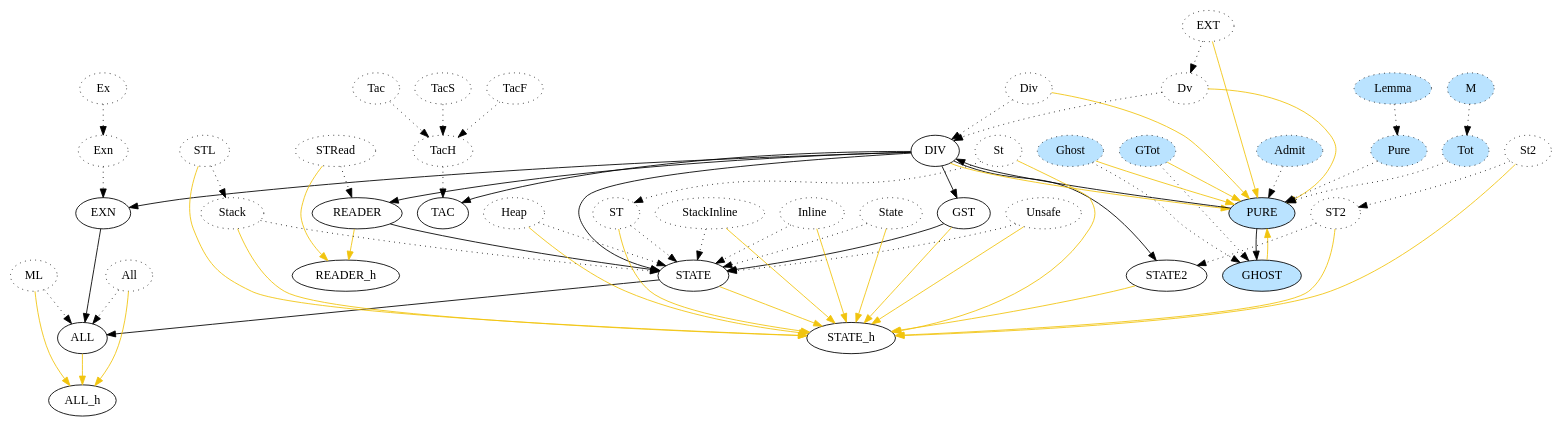
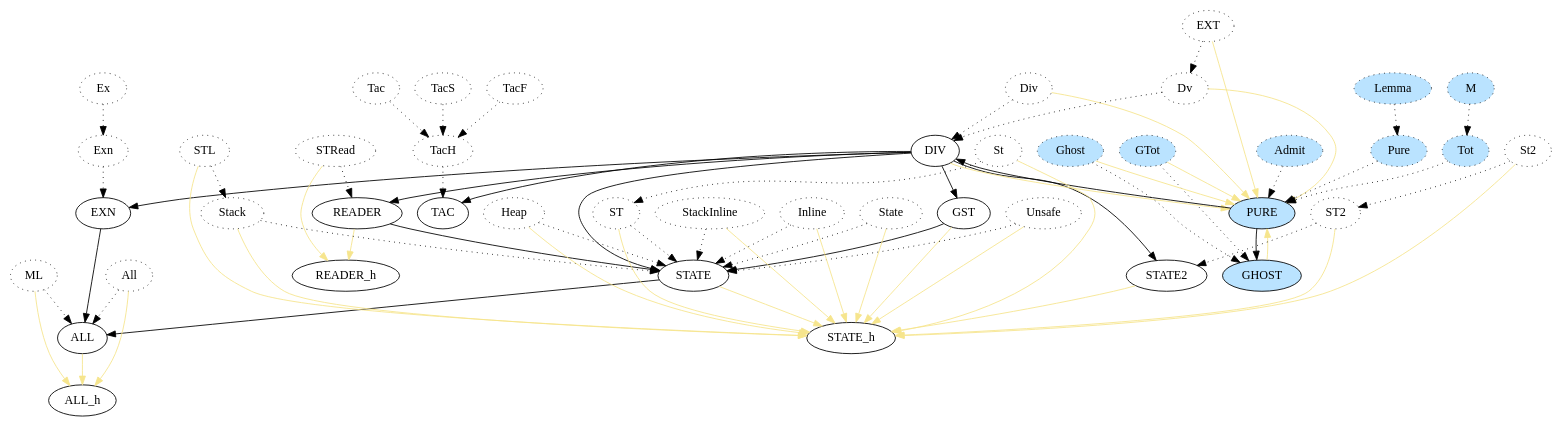
The diagram in effect-lattice.dot (W95Psp/fstar-effects-graph-builder), drawn with Graphviz before and after one commit. The commit also changed 3 other files, not shown here.

```diff
--- a/effect-lattice.dot
+++ b/effect-lattice.dot
@@ -1,114 +1,114 @@
 digraph G {
 ALL;
 GST;
 STATE;
 DIV;
 STATE_h;
 EXN;
 ALL_h;
 READER;
 READER_h;
 STATE2;
 TAC;
 GHOST[style="filled",fillcolor="#bae3ff"];
 PURE[style="filled",fillcolor="#bae3ff"];
 All[style="dotted"];
 ML[style="dotted"];
 Unsafe[style="dotted"];
 Stack[style="dotted"];
 Heap[style="dotted"];
 ST[style="dotted"];
 St[style="dotted"];
 StackInline[style="dotted"];
 Inline[style="dotted"];
 STL[style="dotted"];
 Div[style="dotted"];
 Dv[style="dotted"];
 EXT[style="dotted"];
 Exn[style="dotted"];
 Ex[style="dotted"];
 STRead[style="dotted"];
 ST2[style="dotted"];
 St2[style="dotted"];
 State[style="dotted"];
 TacH[style="dotted"];
 Tac[style="dotted"];
 TacS[style="dotted"];
 TacF[style="dotted"];
 Pure[style="dotted,filled",fillcolor="#bae3ff"];
 Admit[style="dotted,filled",fillcolor="#bae3ff"];
 Tot[style="dotted,filled",fillcolor="#bae3ff"];
 GTot[style="dotted,filled",fillcolor="#bae3ff"];
 Ghost[style="dotted,filled",fillcolor="#bae3ff"];
 Lemma[style="dotted,filled",fillcolor="#bae3ff"];
 M[style="dotted,filled",fillcolor="#bae3ff"];
 GST->STATE;
 STATE->ALL;
 DIV->GST;
 DIV->STATE;
 DIV->EXN;
 DIV->READER;
 DIV->STATE2;
 DIV->TAC;
 EXN->ALL;
 READER->STATE;
 PURE->DIV;
 PURE->GHOST;
 All->ALL[style="dotted"];
 ML->ALL[style="dotted"];
 Unsafe->STATE[style="dotted"];
 Stack->STATE[style="dotted"];
 Heap->STATE[style="dotted"];
 ST->STATE[style="dotted"];
 St->ST[style="dotted"];
 StackInline->STATE[style="dotted"];
 Inline->STATE[style="dotted"];
 STL->Stack[style="dotted"];
 Div->DIV[style="dotted"];
 Dv->DIV[style="dotted"];
 EXT->Dv[style="dotted"];
 Exn->EXN[style="dotted"];
 Ex->Exn[style="dotted"];
 STRead->READER[style="dotted"];
 ST2->STATE2[style="dotted"];
 St2->ST2[style="dotted"];
 State->STATE[style="dotted"];
 TacH->TAC[style="dotted"];
 Tac->TacH[style="dotted"];
 TacS->TacH[style="dotted"];
 TacF->TacH[style="dotted"];
 Pure->PURE[style="dotted"];
 Admit->PURE[style="dotted"];
 Tot->PURE[style="dotted"];
 GTot->GHOST[style="dotted"];
 Ghost->GHOST[style="dotted"];
 Lemma->Pure[style="dotted"];
 M->Tot[style="dotted"];
-ALL->ALL_h[color="#f1c40f"];
-GST->STATE_h[color="#f1c40f"];
-STATE->STATE_h[color="#f1c40f"];
-DIV->PURE[color="#f1c40f"];
-READER->READER_h[color="#f1c40f"];
-STATE2->STATE_h[color="#f1c40f"];
-GHOST->PURE[color="#f1c40f"];
-All->ALL_h[color="#f1c40f"];
-ML->ALL_h[color="#f1c40f"];
-Unsafe->STATE_h[color="#f1c40f"];
-Stack->STATE_h[color="#f1c40f"];
-Heap->STATE_h[color="#f1c40f"];
-ST->STATE_h[color="#f1c40f"];
-St->STATE_h[color="#f1c40f"];
-StackInline->STATE_h[color="#f1c40f"];
-Inline->STATE_h[color="#f1c40f"];
-STL->STATE_h[color="#f1c40f"];
-Div->PURE[color="#f1c40f"];
-Dv->PURE[color="#f1c40f"];
-EXT->PURE[color="#f1c40f"];
-STRead->READER_h[color="#f1c40f"];
-ST2->STATE_h[color="#f1c40f"];
-St2->STATE_h[color="#f1c40f"];
-State->STATE_h[color="#f1c40f"];
-GTot->PURE[color="#f1c40f"];
-Ghost->PURE[color="#f1c40f"];
+ALL->ALL_h[color="#f6e58d"];
+GST->STATE_h[color="#f6e58d"];
+STATE->STATE_h[color="#f6e58d"];
+DIV->PURE[color="#f6e58d"];
+READER->READER_h[color="#f6e58d"];
+STATE2->STATE_h[color="#f6e58d"];
+GHOST->PURE[color="#f6e58d"];
+All->ALL_h[color="#f6e58d"];
+ML->ALL_h[color="#f6e58d"];
+Unsafe->STATE_h[color="#f6e58d"];
+Stack->STATE_h[color="#f6e58d"];
+Heap->STATE_h[color="#f6e58d"];
+ST->STATE_h[color="#f6e58d"];
+St->STATE_h[color="#f6e58d"];
+StackInline->STATE_h[color="#f6e58d"];
+Inline->STATE_h[color="#f6e58d"];
+STL->STATE_h[color="#f6e58d"];
+Div->PURE[color="#f6e58d"];
+Dv->PURE[color="#f6e58d"];
+EXT->PURE[color="#f6e58d"];
+STRead->READER_h[color="#f6e58d"];
+ST2->STATE_h[color="#f6e58d"];
+St2->STATE_h[color="#f6e58d"];
+State->STATE_h[color="#f6e58d"];
+GTot->PURE[color="#f6e58d"];
+Ghost->PURE[color="#f6e58d"];
 
 }
```
